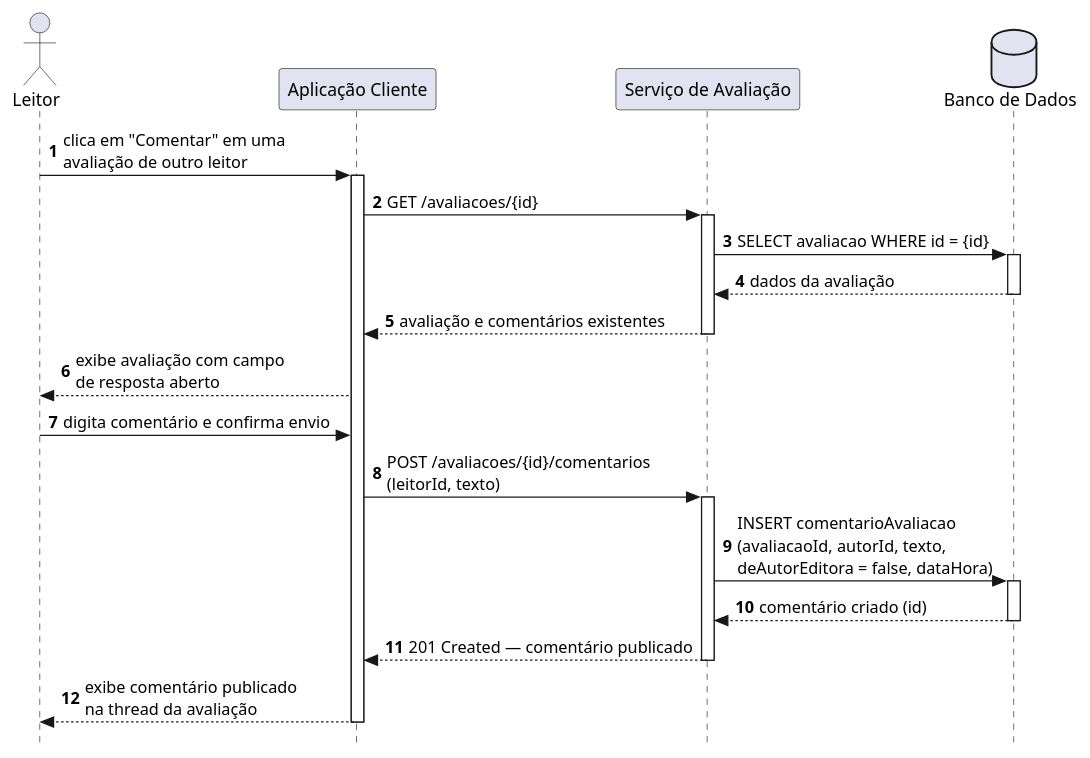
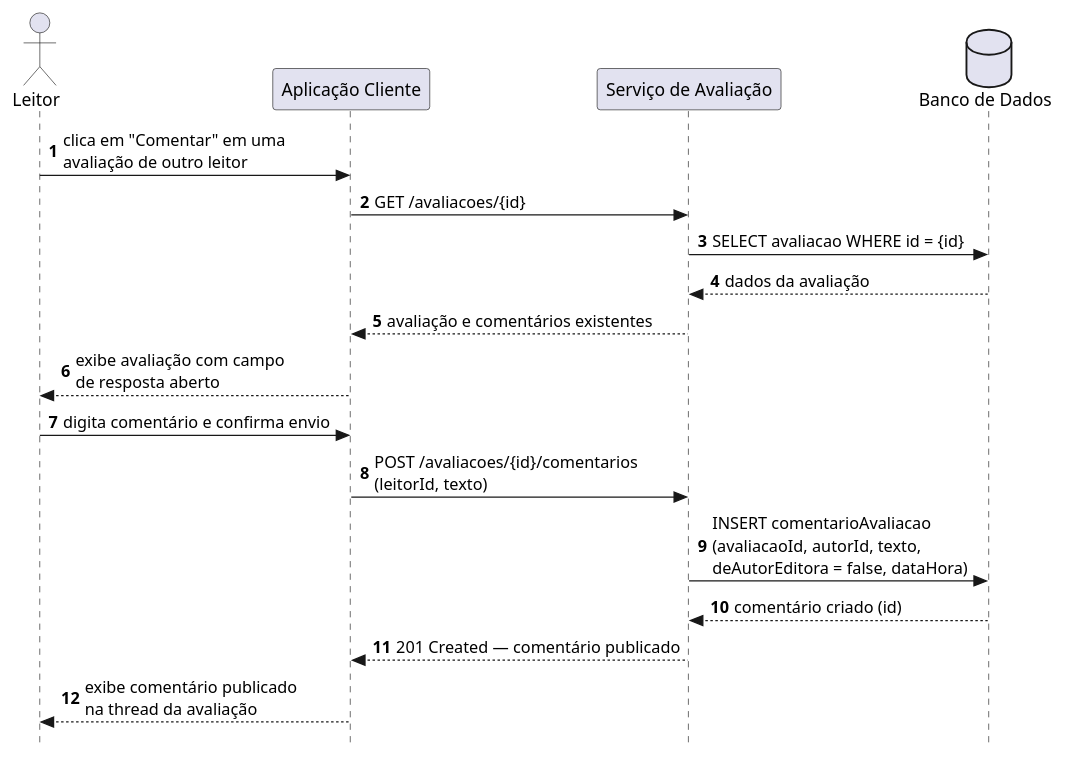
One commit to jalv21/iLib changed the diagram in docs/codigo-plantuml/diagramas-comunicacao/avaliacoes/dc-comentar_avaliacoes.puml. Above: the diagram before and after it, drawn with PlantUML.

Commit message:
docs/criando diagrama de comunicação para comentar avaliações

```diff
--- a/docs/codigo-plantuml/diagramas-comunicacao/avaliacoes/dc-comentar_avaliacoes.puml
+++ b/docs/codigo-plantuml/diagramas-comunicacao/avaliacoes/dc-comentar_avaliacoes.puml
@@ -1,40 +1,30 @@
 @startuml ds-comentar_avaliacoes
 autonumber
 skinparam style strictuml
 
 actor Leitor as "Leitor"
 participant Client           as "Aplicação Cliente"
 participant ServiceAvaliacao as "Serviço de Avaliação"
 database    BD               as "Banco de Dados"
 
 Leitor -> Client : clica em "Comentar" em uma\navaliação de outro leitor
-activate Client
 
 Client -> ServiceAvaliacao : GET /avaliacoes/{id}
-activate ServiceAvaliacao
 ServiceAvaliacao -> BD : SELECT avaliacao WHERE id = {id}
-activate BD
 BD --> ServiceAvaliacao : dados da avaliação
-deactivate BD
 ServiceAvaliacao --> Client : avaliação e comentários existentes
-deactivate ServiceAvaliacao
 
 Client --> Leitor : exibe avaliação com campo\nde resposta aberto
 
 Leitor -> Client : digita comentário e confirma envio
 
 Client -> ServiceAvaliacao : POST /avaliacoes/{id}/comentarios\n(leitorId, texto)
-activate ServiceAvaliacao
 
 ServiceAvaliacao -> BD : INSERT comentarioAvaliacao\n(avaliacaoId, autorId, texto,\ndeAutorEditora = false, dataHora)
-activate BD
 BD --> ServiceAvaliacao : comentário criado (id)
-deactivate BD
 
 ServiceAvaliacao --> Client : 201 Created — comentário publicado
-deactivate ServiceAvaliacao
 
 Client --> Leitor : exibe comentário publicado\nna thread da avaliação
-deactivate Client
 
 @enduml
```
